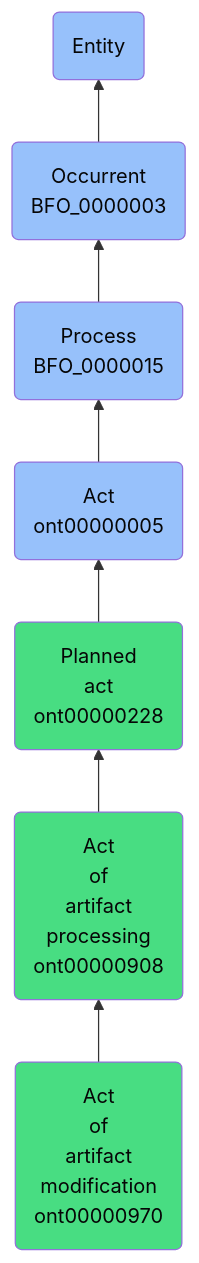
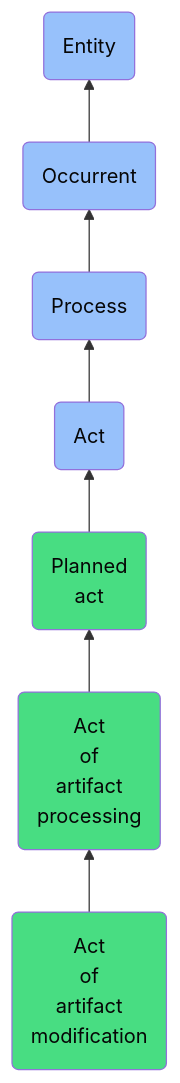
The diagram in docs/ontology/reference/model/Entity/Occurrent/Process/Act/Planned act/Act of artifact processing/Act of artifact modification/Act of artifact modification.md (jupyter-naas/abi), drawn with Mermaid before and after one commit. The commit also changed other lines of this file and 1430 other files, not shown here.

````diff
--- a/docs/ontology/reference/model/Entity/Occurrent/Process/Act/Planned act/Act of artifact processing/Act of artifact modification/Act of artifact modification.md
+++ b/docs/ontology/reference/model/Entity/Occurrent/Process/Act/Planned act/Act of artifact processing/Act of artifact modification/Act of artifact modification.md
@@ -24,14 +24,14 @@
 ```mermaid
 graph BT
-    ont00000970(Act<br>of<br>artifact<br>modification<br>ont00000970):::ABI-->ont00000908
-    ont00000908(Act<br>of<br>artifact<br>processing<br>ont00000908):::ABI-->ont00000228
-    ont00000228(Planned<br>act<br>ont00000228):::ABI-->ont00000005
-    ont00000005(Act<br>ont00000005):::BFO-->BFO_0000015
-    BFO_0000015(Process<br>BFO_0000015):::BFO-->BFO_0000003
-    BFO_0000003(Occurrent<br>BFO_0000003):::BFO-->BFO_0000001
+    ont00000970(Act<br>of<br>artifact<br>modification):::ABI-->ont00000908
+    ont00000908(Act<br>of<br>artifact<br>processing):::ABI-->ont00000228
+    ont00000228(Planned<br>act):::ABI-->ont00000005
+    ont00000005(Act):::BFO-->BFO_0000015
+    BFO_0000015(Process):::BFO-->BFO_0000003
+    BFO_0000003(Occurrent):::BFO-->BFO_0000001
     BFO_0000001(Entity):::BFO
     
     classDef BFO fill:#97c1fb,color:#060606
     classDef CCO fill:#e4c51e,color:#060606
     classDef ABI fill:#48DD82,color:#060606
 ```
````
